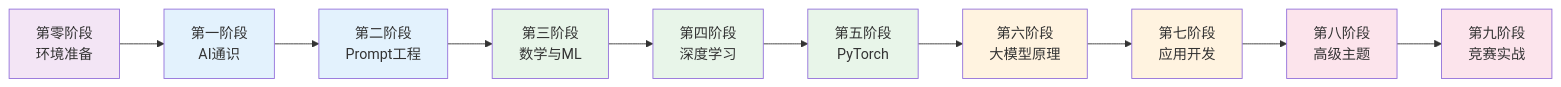
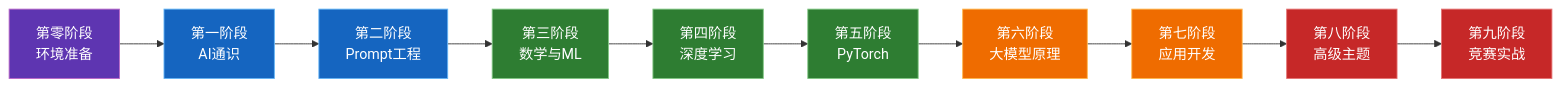
The second of 5 diagrams in src/introduction.md (Atituiset/llm-konwleage-hub), drawn with Mermaid before and after one commit. The commit also changed 7 other files, not shown here.

First line of the commit message:
Fix Mermaid diagram readability: explicit text colors on styled nodes

````diff
--- a/src/introduction.md
+++ b/src/introduction.md
@@ -35,23 +35,24 @@
 ```mermaid
 graph LR
     Z[第零阶段<br/>环境准备] --> A[第一阶段<br/>AI通识]
     A --> B[第二阶段<br/>Prompt工程]
     B --> C[第三阶段<br/>数学与ML]
     C --> D[第四阶段<br/>深度学习]
     D --> E[第五阶段<br/>PyTorch]
     E --> F[第六阶段<br/>大模型原理]
     F --> G[第七阶段<br/>应用开发]
     G --> H[第八阶段<br/>高级主题]
     H --> I[第九阶段<br/>竞赛实战]
 
-    style Z fill:#f3e5f5
-    style A fill:#e3f2fd
-    style B fill:#e3f2fd
-    style C fill:#e8f5e9
-    style D fill:#e8f5e9
-    style E fill:#e8f5e9
-    style F fill:#fff3e0
-    style G fill:#fff3e0
-    style H fill:#fce4ec
-    style I fill:#fce4ec
+    classDef s0 fill:#5e35b1,stroke:#ba68c8,color:#fff
+    classDef s1 fill:#1565c0,stroke:#64b5f6,color:#fff
+    classDef s2 fill:#2e7d32,stroke:#81c784,color:#fff
+    classDef s3 fill:#ef6c00,stroke:#ffb74d,color:#fff
+    classDef s4 fill:#c62828,stroke:#e57373,color:#fff
+
+    class Z s0
+    class A,B s1
+    class C,D,E s2
+    class F,G s3
+    class H,I s4
 ```
````
